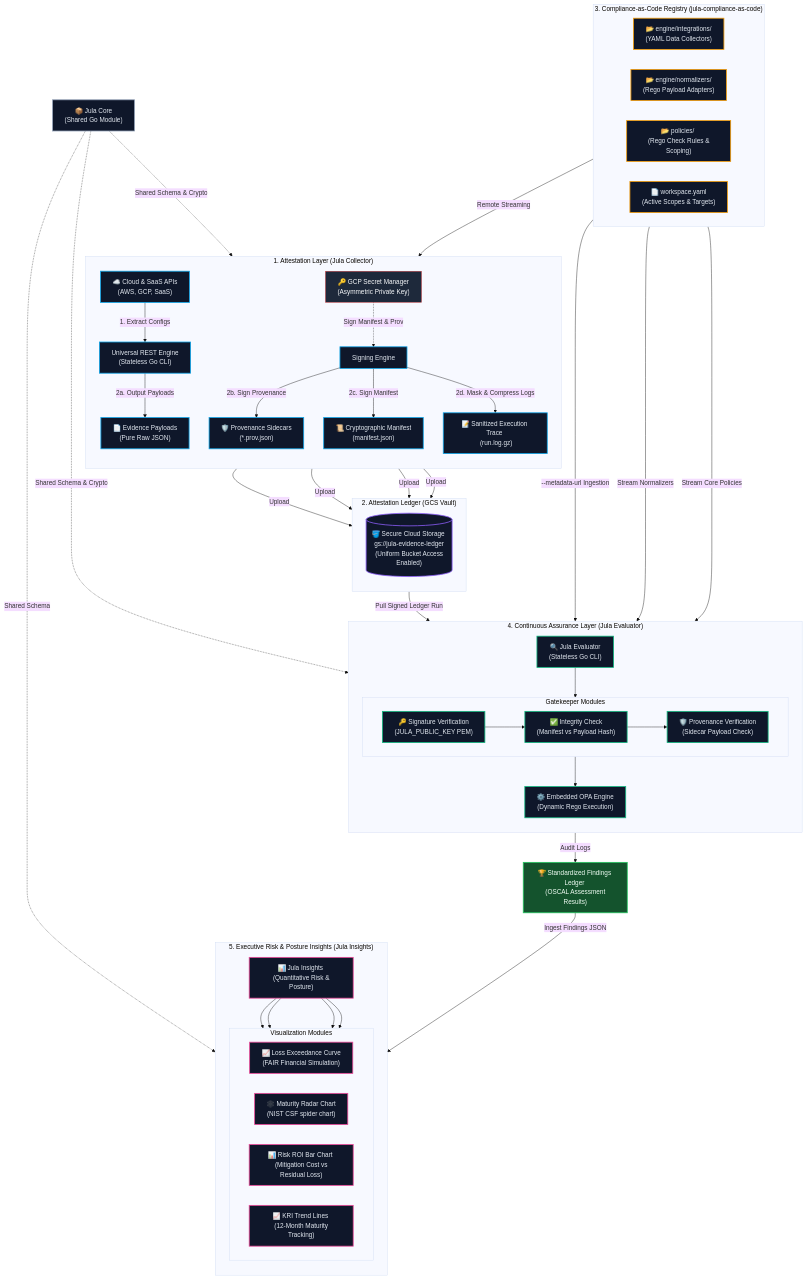
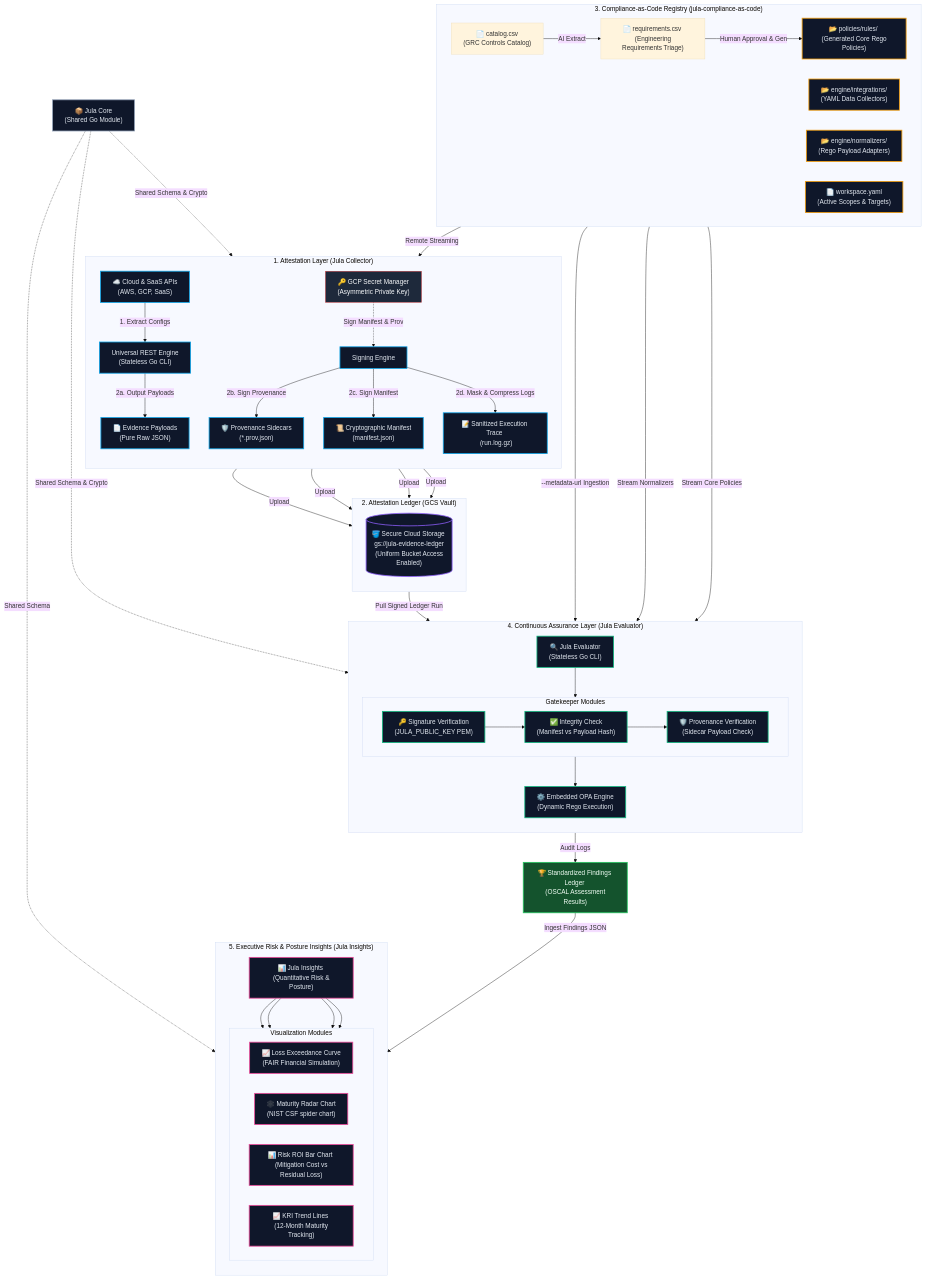
The diagram in README.md (alibkaba/jula), drawn with Mermaid (base theme) before and after one commit.

Commit message:
docs: update compliance architecture diagram to reflect catalog-driven policy generation and signature validation flow

```diff
--- a/README.md
+++ b/README.md
@@ -58,9 +58,10 @@
 
     subgraph Phase3 ["3. Compliance-as-Code Registry (jula-compliance-as-code)"]
         direction LR
+        Cat["📄 catalog.csv <br> (GRC Controls Catalog)"] -->|AI Extract| Req["📄 requirements.csv <br> (Engineering Requirements Triage)"]
+        Req -->|Human Approval & Gen| PR_Pol["📂 policies/rules/ <br> (Generated Core Rego Policies)"]
         PR_Int["📂 engine/integrations/ <br> (YAML Data Collectors)"]
         PR_Norm["📂 engine/normalizers/ <br> (Rego Payload Adapters)"]
-        PR_Pol["📂 policies/ <br> (Rego Check Rules & Scoping)"]
         Meta["📄 workspace.yaml <br> (Active Scopes & Targets)"]
     end
 
@@ -134,7 +135,7 @@
     PR_Pol -->|Stream Core Policies| OPA
 
     %% Execution flow
-    GCS -->|Pull Signed Ledger Run| EE
+    GCS -->|Pull Signed Ledger Run| SigCheck
     OPA -->|Audit Logs| Findings["🏆 Standardized Findings Ledger <br> (OSCAL Assessment Results)"]
     Findings -->|Ingest Findings JSON| DB
 
```
